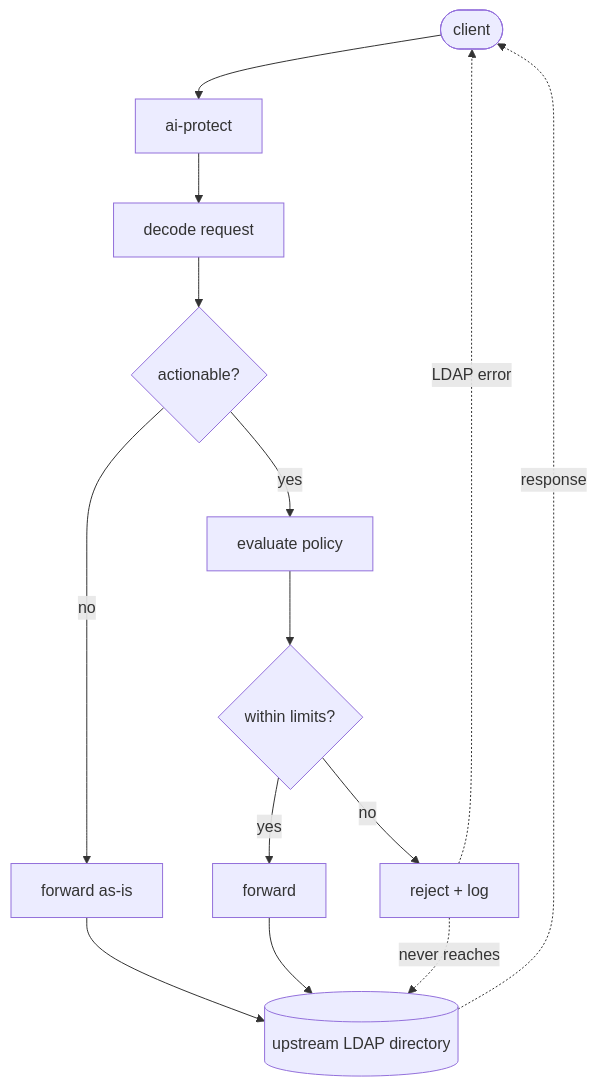
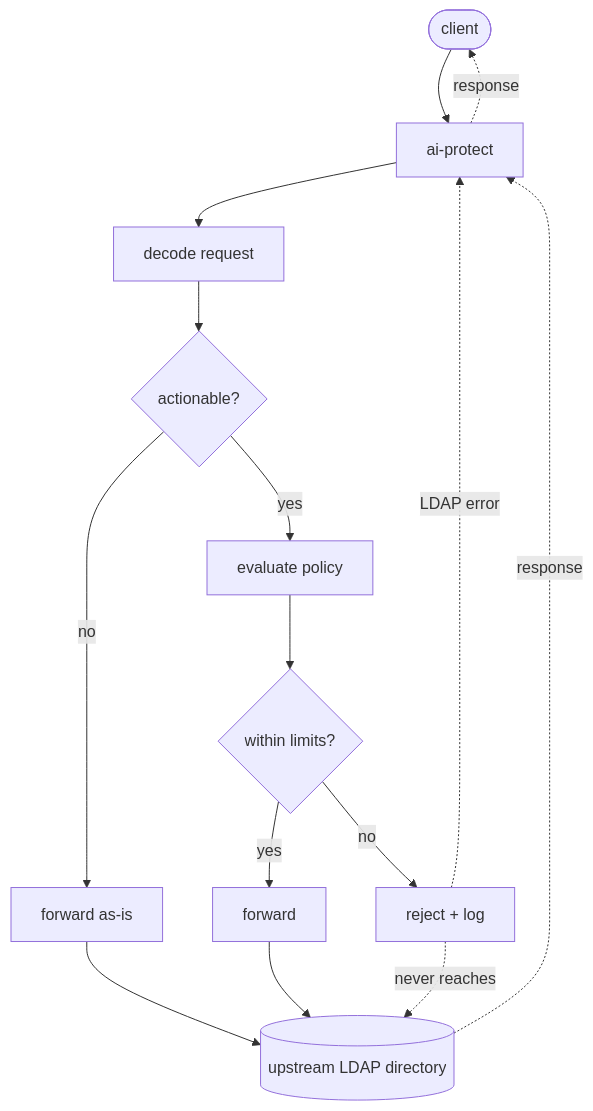
One commit to scorpion/protect changed the diagram in README.md. Above: the diagram before and after it, drawn with Mermaid.

Commit message:
Fix: packet flow diagram

````diff
--- a/README.md
+++ b/README.md
@@ -43,16 +43,17 @@
 ```mermaid
 flowchart TD
     client([client]) --> proxy[ai-protect]
     proxy --> decode[decode request]
     decode --> actionable{actionable?}
     actionable -->|no| forward1[forward as-is]
     actionable -->|yes| policy[evaluate policy]
     policy --> withinLimits{within limits?}
     withinLimits -->|yes| forward2[forward]
     withinLimits -->|no| reject[reject + log]
     forward1 --> upstream[(upstream LDAP directory)]
     forward2 --> upstream
     reject -.never reaches.-> upstream
-    upstream -.response.-> client
-    reject -.LDAP error.-> client
+    upstream -.response.-> proxy
+    reject -.LDAP error.-> proxy
+    proxy -.response.-> client
 ```
````
